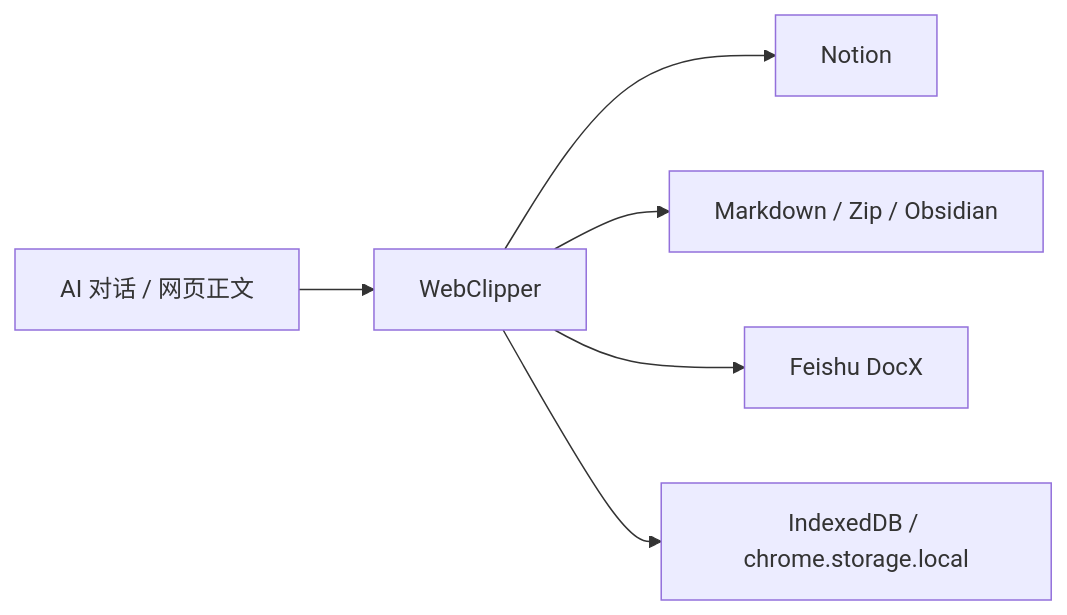
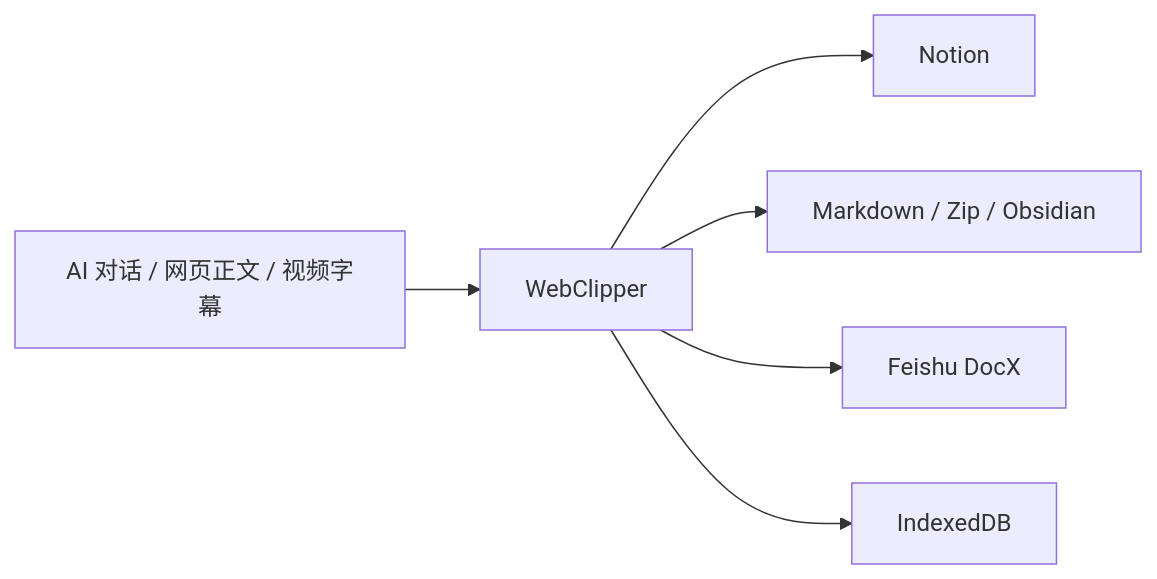
Before and after one commit to SyncNos/SyncNos-Webclipper: the diagram in .github/deepwiki/overview.md, drawn with Mermaid. The commit also changed other lines of this file and 7 other files, not shown here.

````diff
--- a/.github/deepwiki/overview.md
+++ b/.github/deepwiki/overview.md
@@ -66,8 +117,8 @@
 ```mermaid
 flowchart LR
-  C[AI 对话 / 网页正文] --> D[WebClipper]
+  C[AI 对话 / 网页正文 / 视频字幕] --> D[WebClipper]
   D --> E[Notion]
   D --> F[Markdown / Zip / Obsidian]
   D --> G[Feishu DocX]
-  D --> H[IndexedDB / chrome.storage.local]
+  D --> H[IndexedDB]
 ```
````
